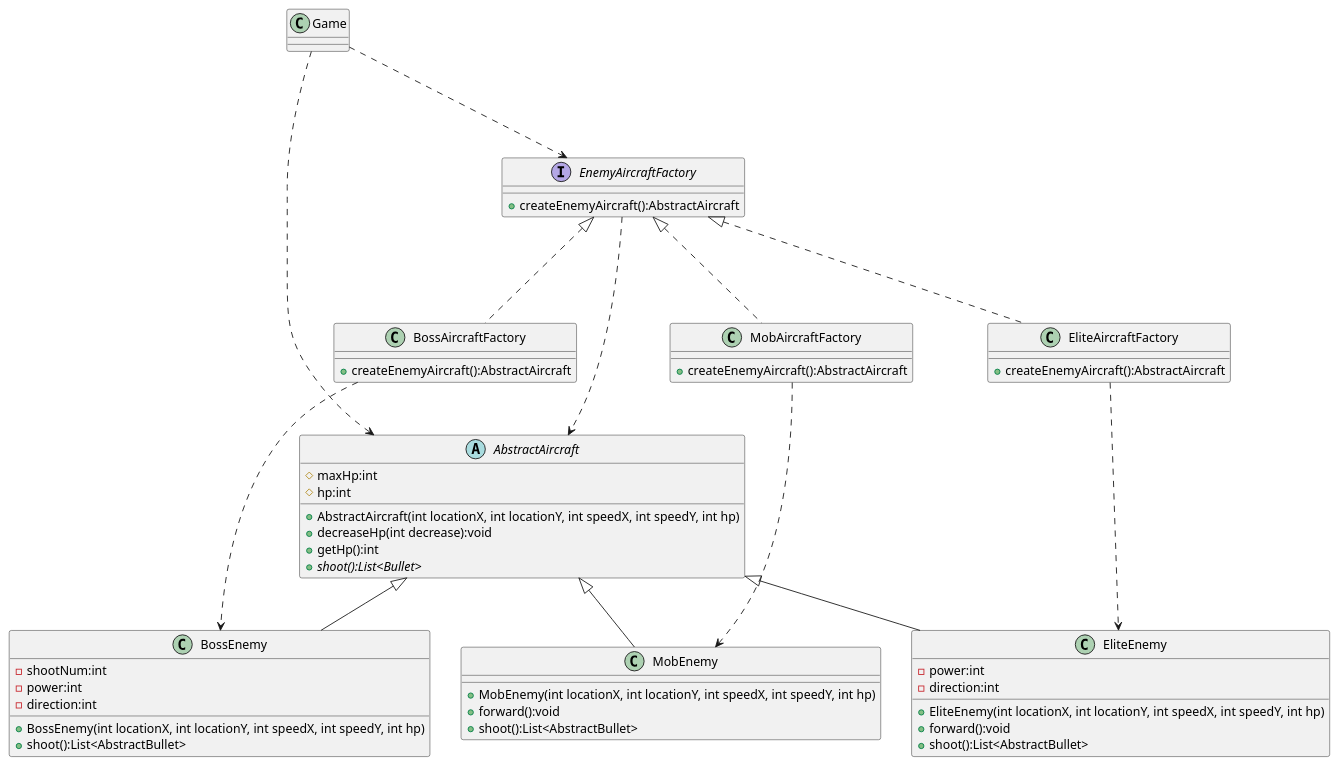
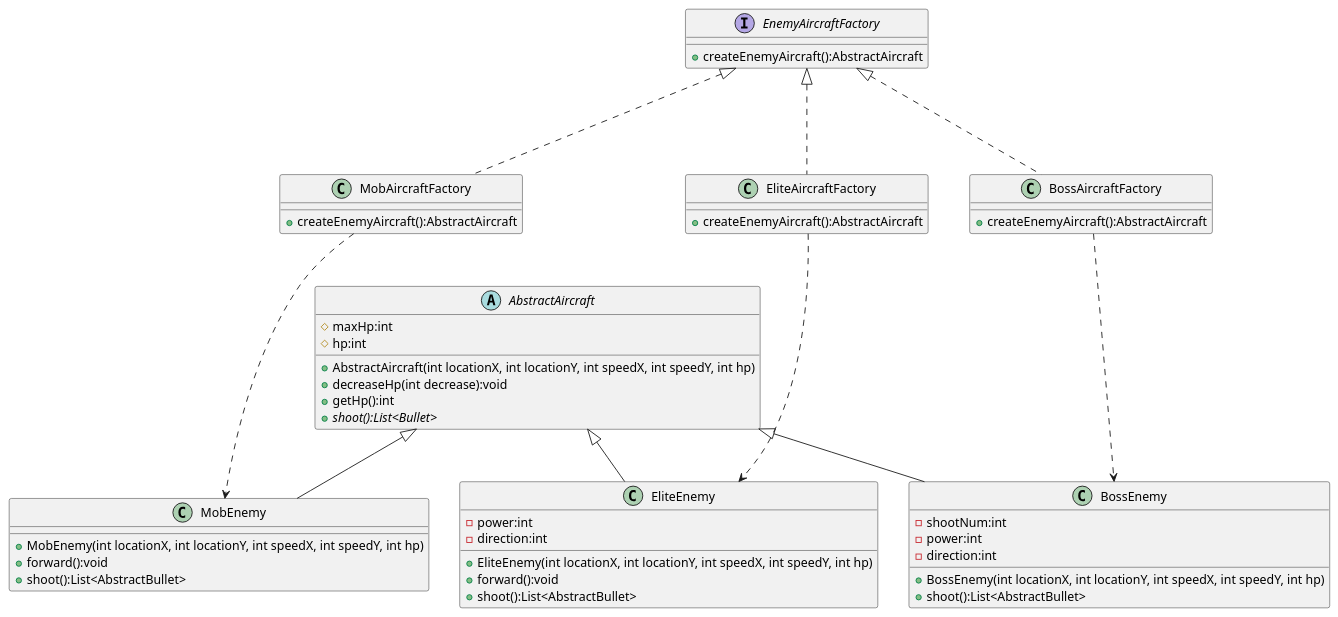
One commit to HITlgw/AircraftWar-base changed the diagram in uml/Factory_EnemyAircraft.puml. Above: the diagram before and after it, drawn with PlantUML. The commit also changed 13 other files, not shown here.

```diff
--- a/uml/Factory_EnemyAircraft.puml
+++ b/uml/Factory_EnemyAircraft.puml
@@ -1,74 +1,67 @@
 @startuml
 'https://plantuml.com/class-diagram
-class Game{
 
-
-}
-
-
-Game ...> EnemyAircraftFactory
-Game ...> AbstractAircraft
 
 Interface EnemyAircraftFactory{
     + createEnemyAircraft():AbstractAircraft
 }
 
 abstract class AbstractAircraft
 {
 	# maxHp:int
     # hp:int
     + AbstractAircraft(int locationX, int locationY, int speedX, int speedY, int hp)
     + decreaseHp(int decrease):void
     + getHp():int
     + {abstract} shoot():List<Bullet>
  }
 
-EnemyAircraftFactory ...> AbstractAircraft
+
 
 
 class MobAircraftFactory{
     + createEnemyAircraft():AbstractAircraft
 }
 class EliteAircraftFactory{
     + createEnemyAircraft():AbstractAircraft
 }
 
 class BossAircraftFactory{
     + createEnemyAircraft():AbstractAircraft
 }
 EnemyAircraftFactory <|... MobAircraftFactory
 EnemyAircraftFactory <|... EliteAircraftFactory
 EnemyAircraftFactory <|... BossAircraftFactory
 
 MobAircraftFactory ...> MobEnemy
 EliteAircraftFactory ...> EliteEnemy
 BossAircraftFactory ...> BossEnemy
 
 AbstractAircraft <|-- MobEnemy
 AbstractAircraft <|-- EliteEnemy
 AbstractAircraft <|-- BossEnemy
 
 
-class MobEnemy {
+class MobEnemy{
     + MobEnemy(int locationX, int locationY, int speedX, int speedY, int hp)
     + forward():void
     + shoot():List<AbstractBullet>
 }
 
 class EliteEnemy {
     - power:int
     - direction:int
     + EliteEnemy(int locationX, int locationY, int speedX, int speedY, int hp)
     + forward():void
     + shoot():List<AbstractBullet>
 }
 
 class BossEnemy {
     - shootNum:int
     - power:int
     - direction:int
     + BossEnemy(int locationX, int locationY, int speedX, int speedY, int hp)
     + shoot():List<AbstractBullet>
 }
 
 @enduml
```
